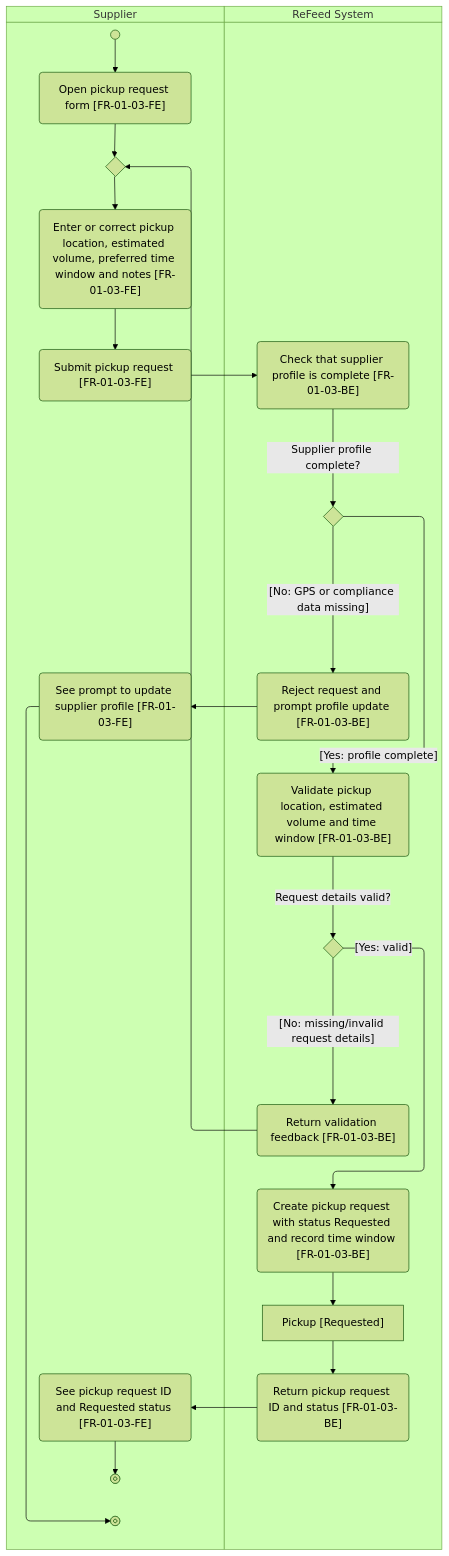
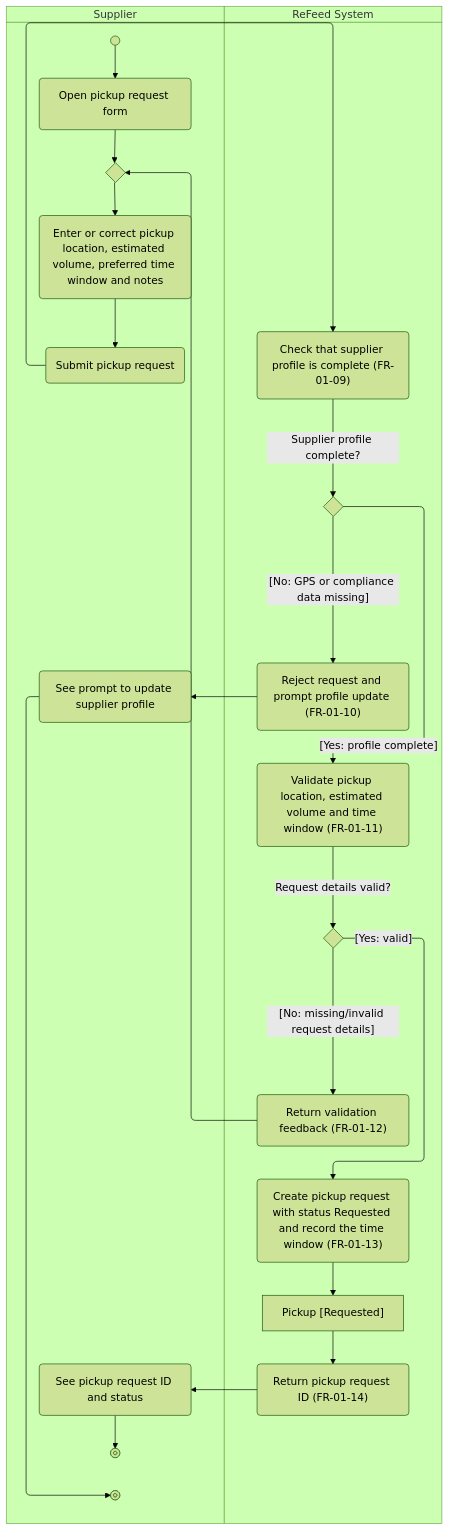
One commit to thuyvicbh-alt/DBIZ2---GROUP-D changed the diagram in docs/activity/AD-UC-03.md. Above: the diagram before and after it, drawn with Mermaid (forest theme). The commit also changed other lines of this file, not shown here.

First line of the commit message:
Refine AD-UC-03 use case details and validation rules

````diff
--- a/docs/activity/AD-UC-03.md
+++ b/docs/activity/AD-UC-03.md
@@ -24,34 +24,34 @@
 ```mermaid
 swimlane-beta TB
   subgraph ACT["Supplier"]
     start@{ shape: sm-circ }
-    a1("Open pickup request form [FR-01-03-FE]")
+    a1("Open pickup request form")
     m1{" "}
-    a2("Enter or correct pickup location, estimated volume, preferred time window and notes [FR-01-03-FE]")
-    a3("Submit pickup request [FR-01-03-FE]")
-    a4("See prompt to update supplier profile [FR-01-03-FE]")
-    a5("See pickup request ID and Requested status [FR-01-03-FE]")
+    a2("Enter or correct pickup location, estimated volume, preferred time window and notes")
+    a3("Submit pickup request")
+    a4("See prompt to update supplier profile")
+    a5("See pickup request ID and status")
     stop1@{ shape: fr-circ }
     stop2@{ shape: fr-circ }
   end
 
   subgraph SYS["ReFeed System"]
-    s1("Check that supplier profile is complete [FR-01-03-BE]")
+    s1("Check that supplier profile is complete (FR-01-09)")
     d1{" "}
-    s2("Reject request and prompt profile update [FR-01-03-BE]")
-    s3("Validate pickup location, estimated volume and time window [FR-01-03-BE]")
+    s2("Reject request and prompt profile update (FR-01-10)")
+    s3("Validate pickup location, estimated volume and time window (FR-01-11)")
     d2{" "}
-    s4("Return validation feedback [FR-01-03-BE]")
-    s5("Create pickup request with status Requested and record time window [FR-01-03-BE]")
+    s4("Return validation feedback (FR-01-12)")
+    s5("Create pickup request with status Requested and record the time window (FR-01-13)")
     o1["Pickup [Requested]"]
-    s6("Return pickup request ID and status [FR-01-03-BE]")
+    s6("Return pickup request ID (FR-01-14)")
   end
 
   start --> a1 --> m1 --> a2 --> a3 --> s1
   s1 -->|Supplier profile complete?| d1
   d1 -->|"[No: GPS or compliance data missing]"| s2 --> a4 --> stop2
   d1 -->|"[Yes: profile complete]"| s3
   s3 -->|Request details valid?| d2
   d2 -->|"[No: missing/invalid request details]"| s4 --> m1
   d2 -->|"[Yes: valid]"| s5 --> o1 --> s6 --> a5 --> stop1
 ```
````
